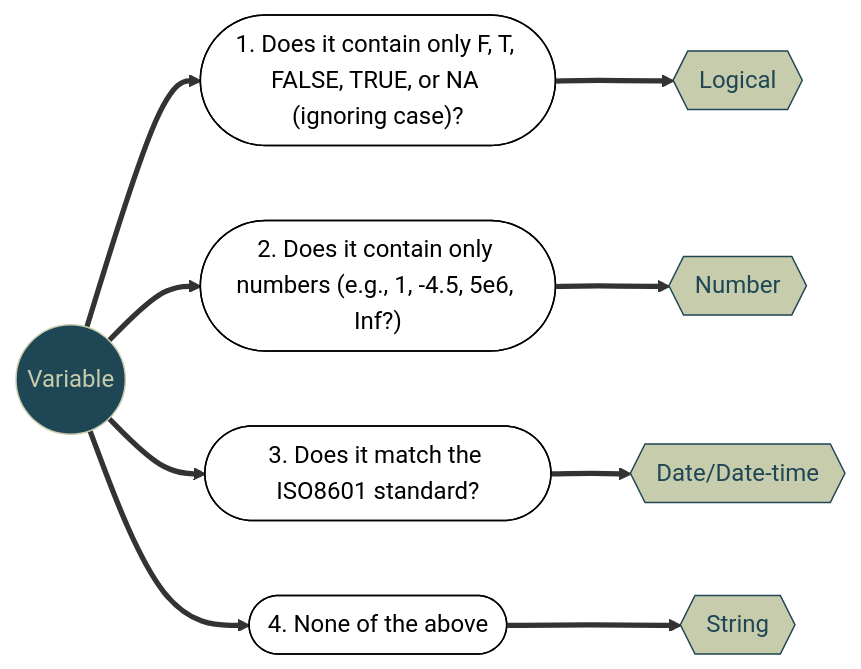
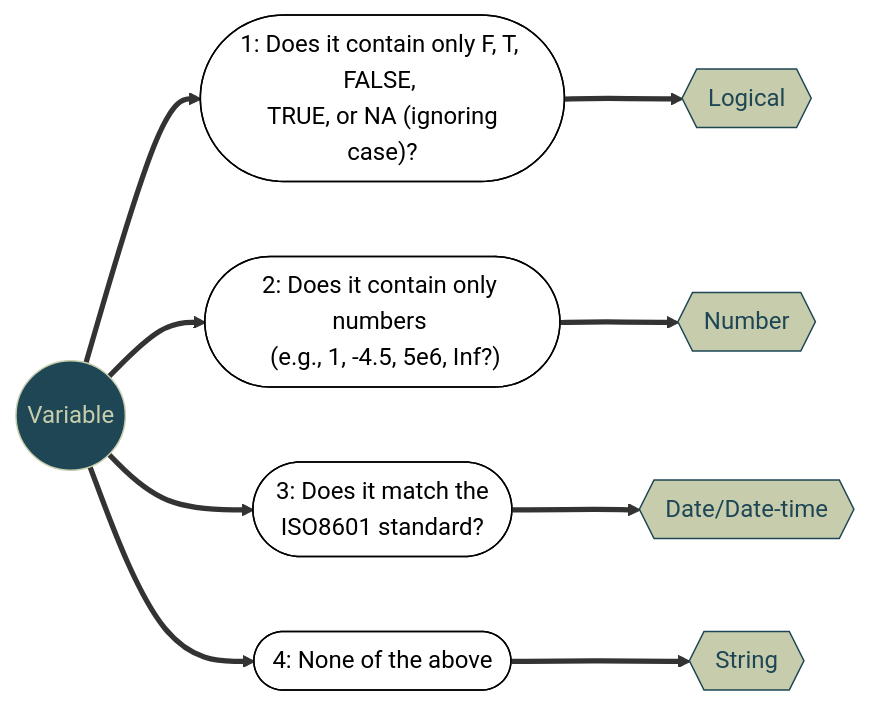
The first of 5 diagrams in Lectures/Lecture5/CSSS508_Lecture5.qmd (vsass/CSSS508), drawn with Mermaid before and after one commit. The commit also changed other lines of this file and 41 other files, not shown here.

````diff
--- a/Lectures/Lecture5/CSSS508_Lecture5.qmd
+++ b/Lectures/Lecture5/CSSS508_Lecture5.qmd
@@ -382,21 +385,22 @@
 ```{mermaid}
 %%| echo: false
 %%| fig-width: 11
 %%| fig-height: 5.5
 %%| fig-align: center
+
 flowchart LR
-    id1((Variable))==>A(["1. Does it contain only F, T, FALSE, TRUE, or NA (ignoring case)?"])==>id2{{Logical}}
-    id1((Variable))==>B(["2. Does it contain only numbers (e.g., 1, -4.5, 5e6, Inf?)"])==>id3{{Number}}
-    id1((Variable))==>C(["3. Does it match the ISO8601 standard?"])==>id4{{Date/Date-time}}
-    id1((Variable))==>D(["4. None of the above"])==>id5{{String}}
+    id1((Variable))==>A(["1: Does it contain only F, T, FALSE, <br/> TRUE, or NA (ignoring case)?"])==>id2{{Logical}}
+    id1((Variable))==>B(["2: Does it contain only numbers <br/> (e.g., 1, -4.5, 5e6, Inf?)"])==>id3{{Number}}
+    id1((Variable))==>C(["3: Does it match the <br/> ISO8601 standard?"])==>id4{{Date/Date-time}}
+    id1((Variable))==>D(["4: None of the above"])==>id5{{String}}
     style id1 fill:#1e4655,color:#c7cdac,stroke:#c7cdac
     style id2 fill:#c7cdac,color:#1e4655,stroke:#1e4655
     style id3 fill:#c7cdac,color:#1e4655,stroke:#1e4655
     style id4 fill:#c7cdac,color:#1e4655,stroke:#1e4655
     style id5 fill:#c7cdac,color:#1e4655,stroke:#1e4655
     style A fill:#FFFFFF,color:#000000,stroke:#000000
     style B fill:#FFFFFF,color:#000000,stroke:#000000
     style C fill:#FFFFFF,color:#000000,stroke:#000000
     style D fill:#FFFFFF,color:#000000,stroke:#000000
 
 ```
````
